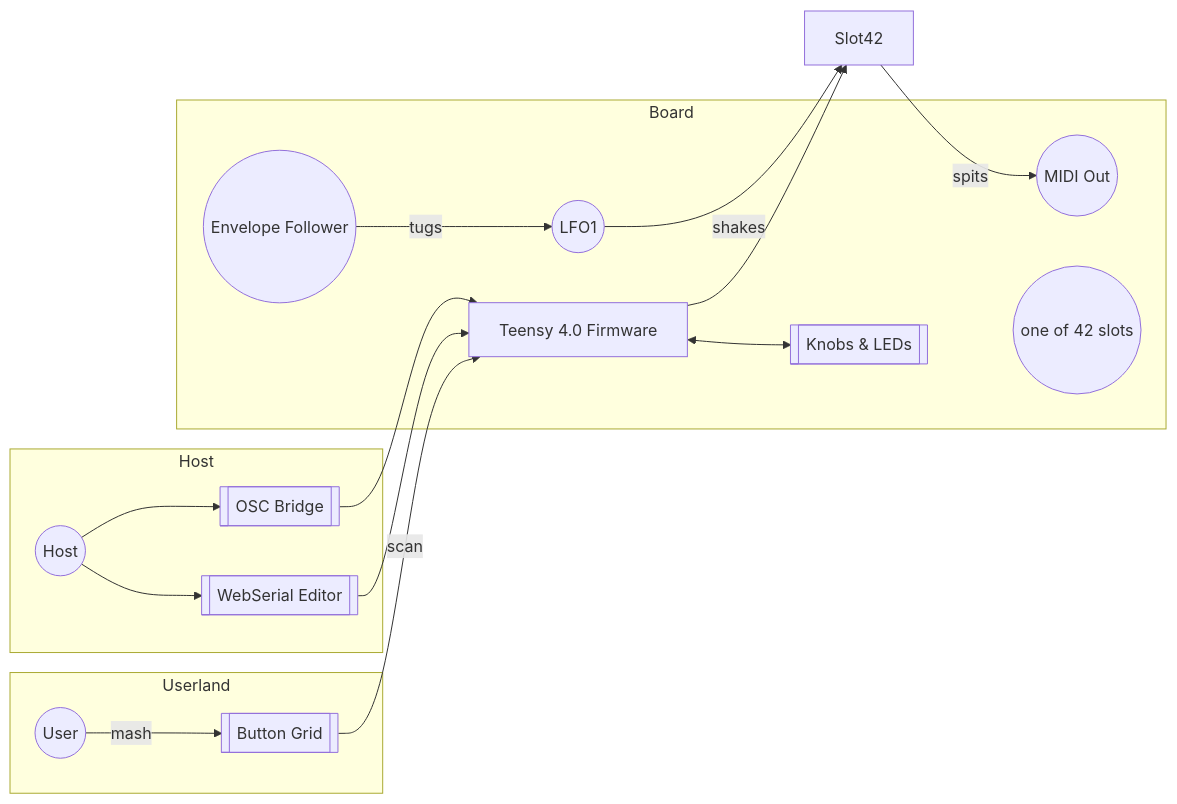
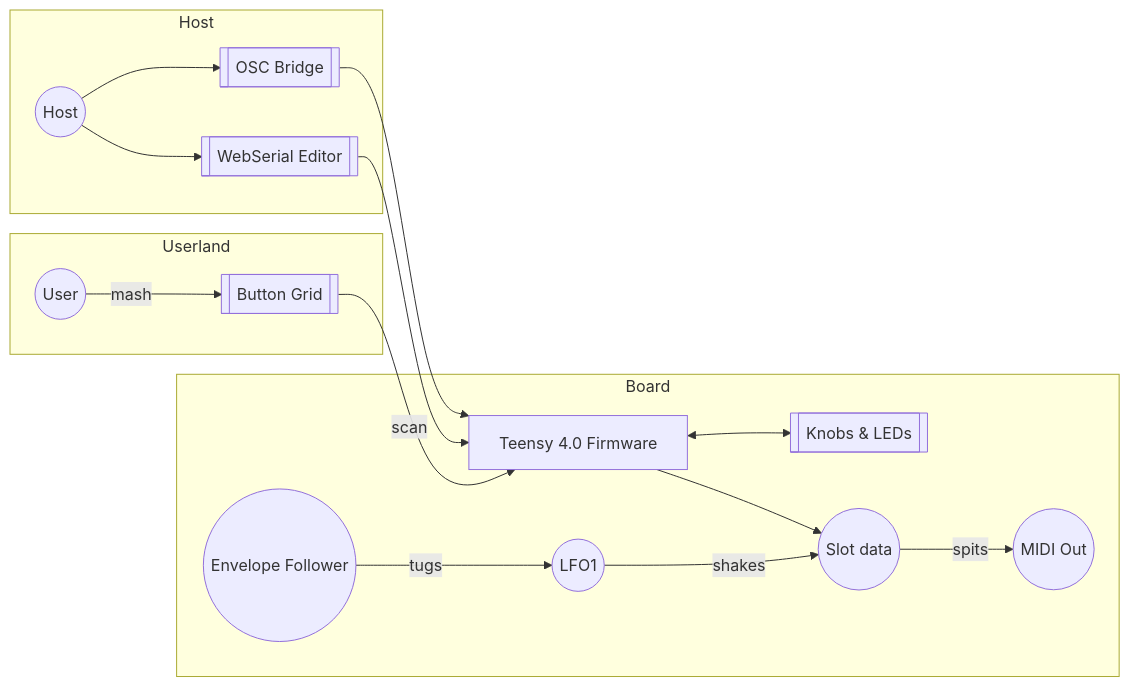
The diagram in README.md (bseverns/MOARkNOBS-42), drawn with Mermaid before and after one commit.

````diff
--- a/README.md
+++ b/README.md
@@ -45,26 +45,26 @@
 ```mermaid
 flowchart LR
   subgraph Userland
     User((User))
     Grid[[Button Grid]]
   end
   subgraph Host
     HostPC((Host))
     WebSerial[[WebSerial Editor]]
     Bridge[[OSC Bridge]]
   end
   subgraph Board
     Firmware[Teensy 4.0 Firmware]
     Hardware[[Knobs & LEDs]]
     MIDIOut((MIDI Out))
     LFO1((LFO1))
     Env((Envelope Follower))
-    Slot((one of 42 slots))
+    Slot42((Slot data))
   end
   User -->|mash| Grid -->|scan| Firmware
   HostPC --> WebSerial --> Firmware
   HostPC --> Bridge --> Firmware
   Firmware <--> Hardware
   Env -->|tugs| LFO1 -->|shakes| Slot42 -->|spits| MIDIOut
   Firmware --> Slot42
 ```
````
